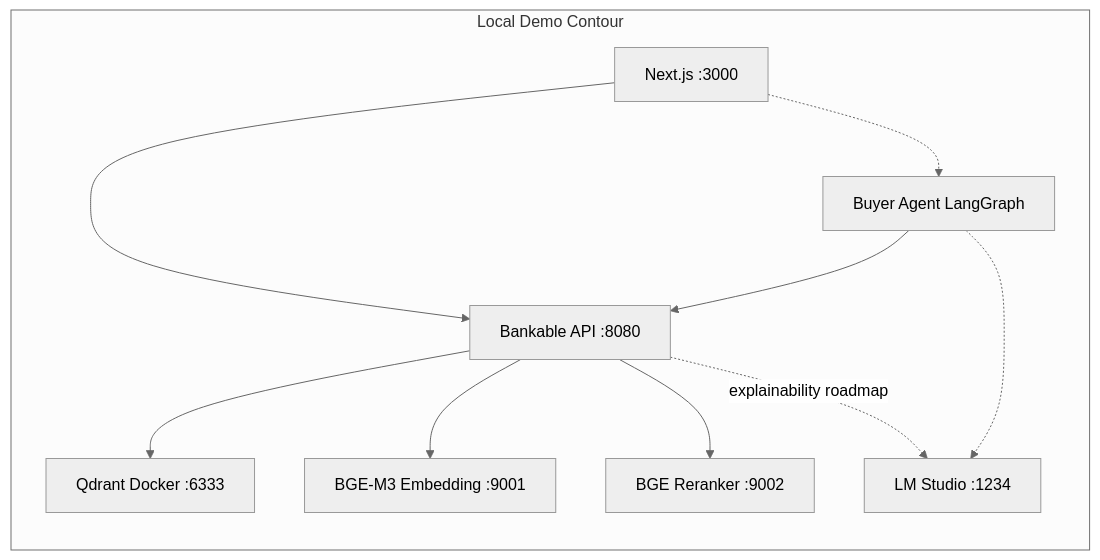
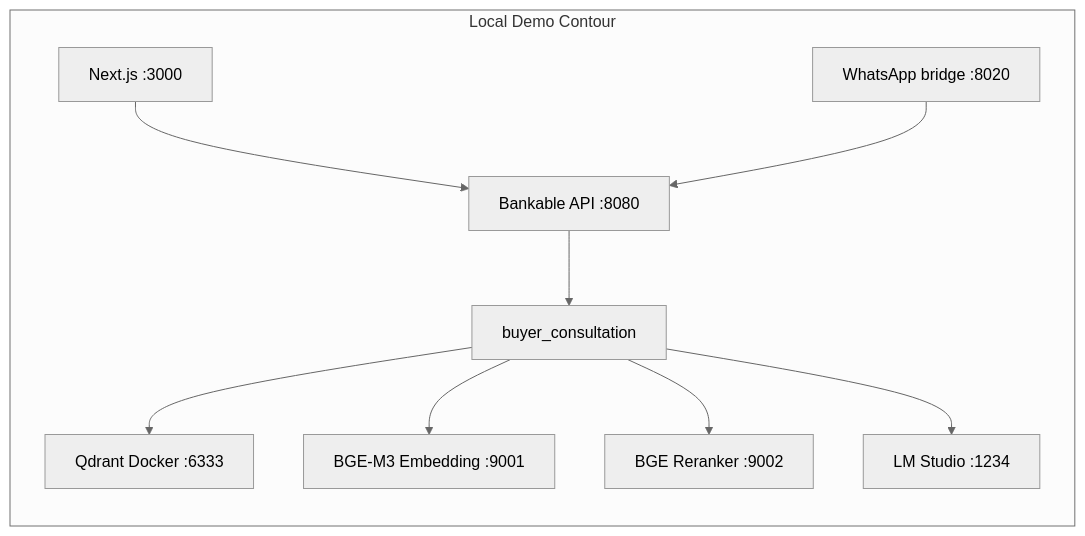
The diagram in docs/LOCAL_AI_CONTOUR.md (FUYOH666/bankable-property-network), drawn with Mermaid (neutral theme) before and after one commit. The commit also changed other lines of this file and 74 other files, not shown here.

First line of the commit message:
Release v0.5.13: buyer consult, WhatsApp, RAG contour, and project audit.

````diff
--- a/docs/LOCAL_AI_CONTOUR.md
+++ b/docs/LOCAL_AI_CONTOUR.md
@@ -9,20 +9,19 @@
 ```mermaid
 flowchart LR
   subgraph local [Local Demo Contour]
     docker[Qdrant Docker :6333]
     bgeEmb[BGE-M3 Embedding :9001]
     bgeRerank[BGE Reranker :9002]
     lmStudio[LM Studio :1234]
-    buyerAgent[Buyer Agent LangGraph]
+    wa[WhatsApp bridge :8020]
     api[Bankable API :8080]
+    consult[buyer_consultation]
     web[Next.js :3000]
   end
   web --> api
-  web -.-> buyerAgent
-  buyerAgent --> api
-  buyerAgent -.-> lmStudio
-  api --> docker
-  api --> bgeEmb
-  api --> bgeRerank
-  api -.->|"explainability roadmap"| lmStudio
+  wa --> api --> consult
+  consult --> docker
+  consult --> bgeEmb
+  consult --> bgeRerank
+  consult --> lmStudio
 ```
````
